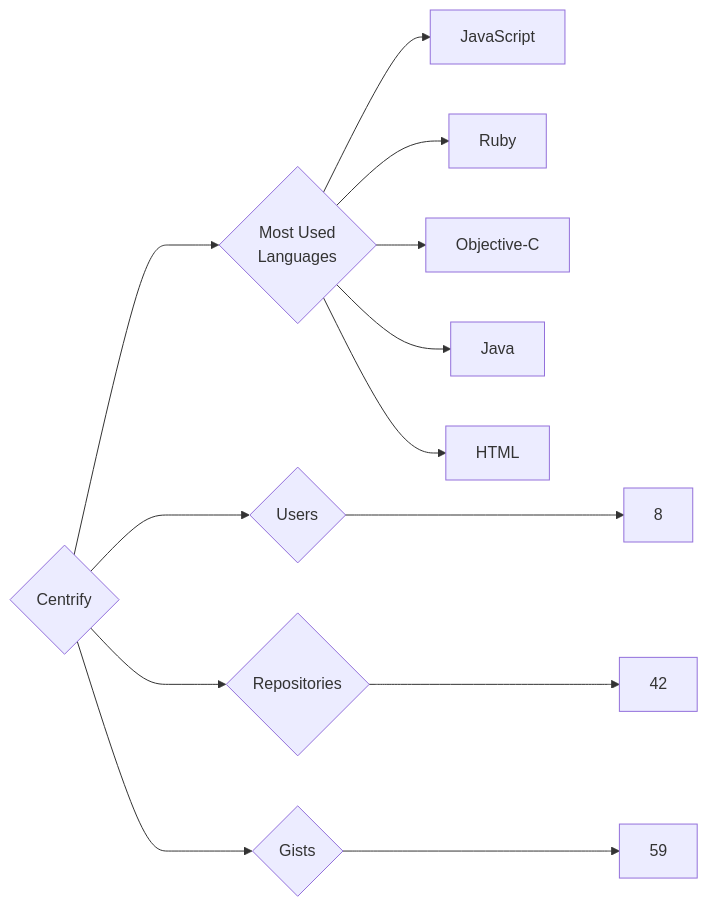
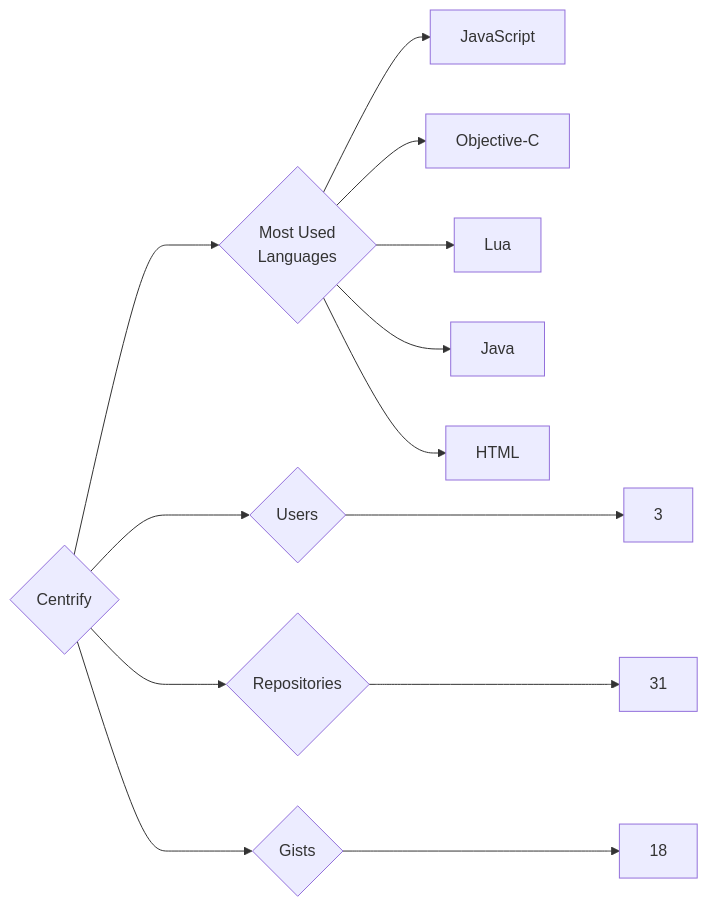
The diagram in targets/Centrify/README.md (trickest/insiders), drawn with Mermaid before and after one commit. The commit also changed 1092 other files, not shown here.

````diff
--- a/targets/Centrify/README.md
+++ b/targets/Centrify/README.md
@@ -3,13 +3,13 @@
 ```mermaid
 graph LR
 COMPANY_NAME{Centrify}
-COMPANY_NAME ---> U{Users} ---> UN[8]
-COMPANY_NAME ---> R{Repositories} ---> RN[42]
-COMPANY_NAME ---> G{Gists} ---> GN[59]
+COMPANY_NAME ---> U{Users} ---> UN[3]
+COMPANY_NAME ---> R{Repositories} ---> RN[31]
+COMPANY_NAME ---> G{Gists} ---> GN[18]
 COMPANY_NAME ---> ML{Most Used<br>Languages}
 ML --> JavaScript[JavaScript]
-ML --> Ruby[Ruby]
 ML --> Objective-C[Objective-C]
+ML --> Lua[Lua]
 ML --> Java[Java]
 ML --> HTML[HTML]
 ```
````
